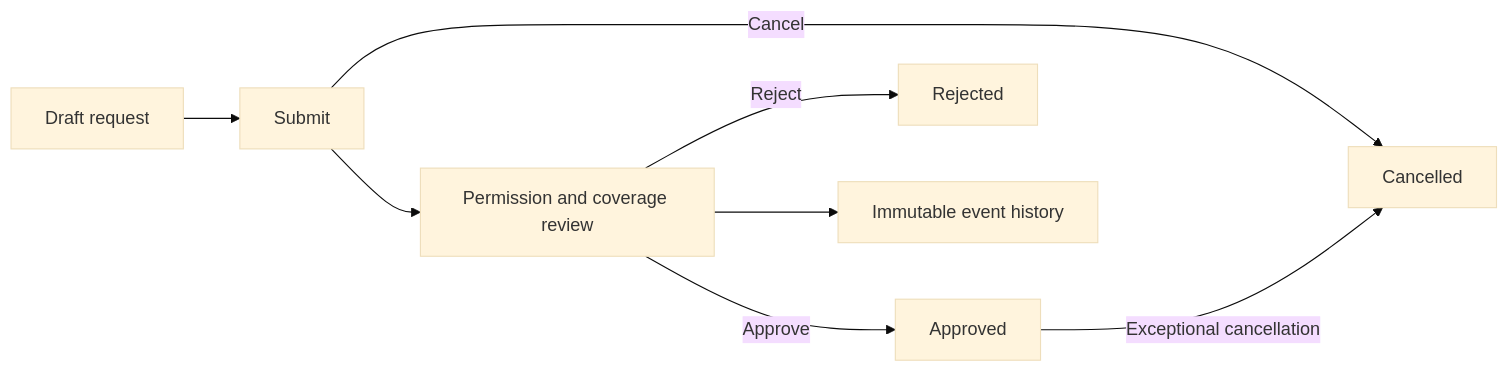
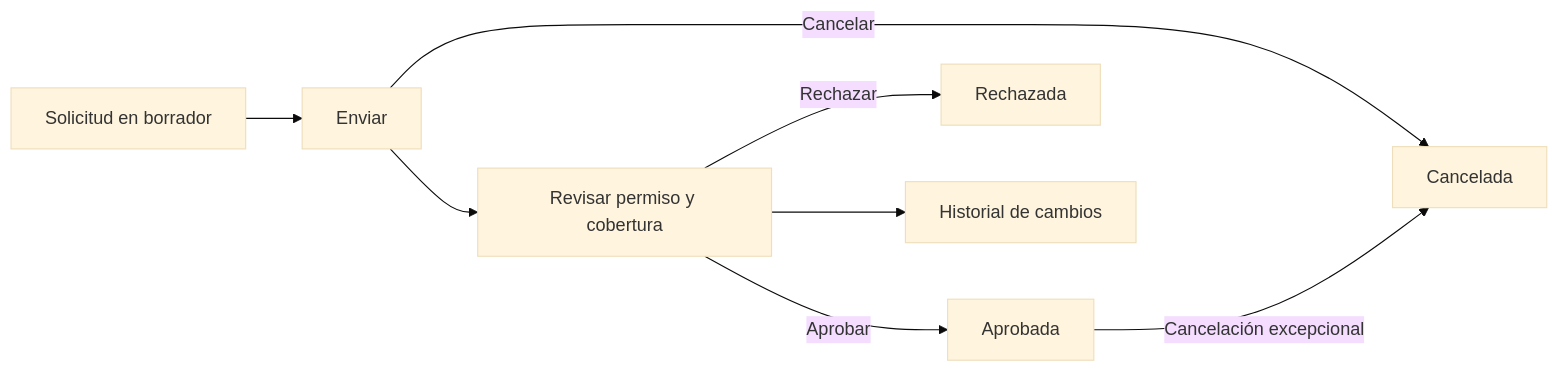
Before and after one commit to antoniojesusdelgado/management-platform-demo: the fifth of 13 diagrams in docs/PROCESS-MAPS.md, drawn with Mermaid (base theme). The commit also changed other lines of this file and 63 other files, not shown here.

````diff
--- a/docs/PROCESS-MAPS.md
+++ b/docs/PROCESS-MAPS.md
@@ -63,10 +63,10 @@
 ```mermaid
 flowchart LR
-  Draft["Draft request"] --> Submit["Submit"]
-  Submit --> Review["Permission and coverage review"]
-  Review -->|Approve| Approved["Approved"]
-  Review -->|Reject| Rejected["Rejected"]
-  Submit -->|Cancel| Cancelled["Cancelled"]
-  Approved -->|Exceptional cancellation| Cancelled
-  Review --> History["Immutable event history"]
+  Borrador["Solicitud en borrador"] --> Enviar["Enviar"]
+  Enviar --> Revisar["Revisar permiso y cobertura"]
+  Revisar -->|Aprobar| Aprobada["Aprobada"]
+  Revisar -->|Rechazar| Rechazada["Rechazada"]
+  Enviar -->|Cancelar| Cancelada["Cancelada"]
+  Aprobada -->|Cancelación excepcional| Cancelada
+  Revisar --> Historial["Historial de cambios"]
 ```
````
